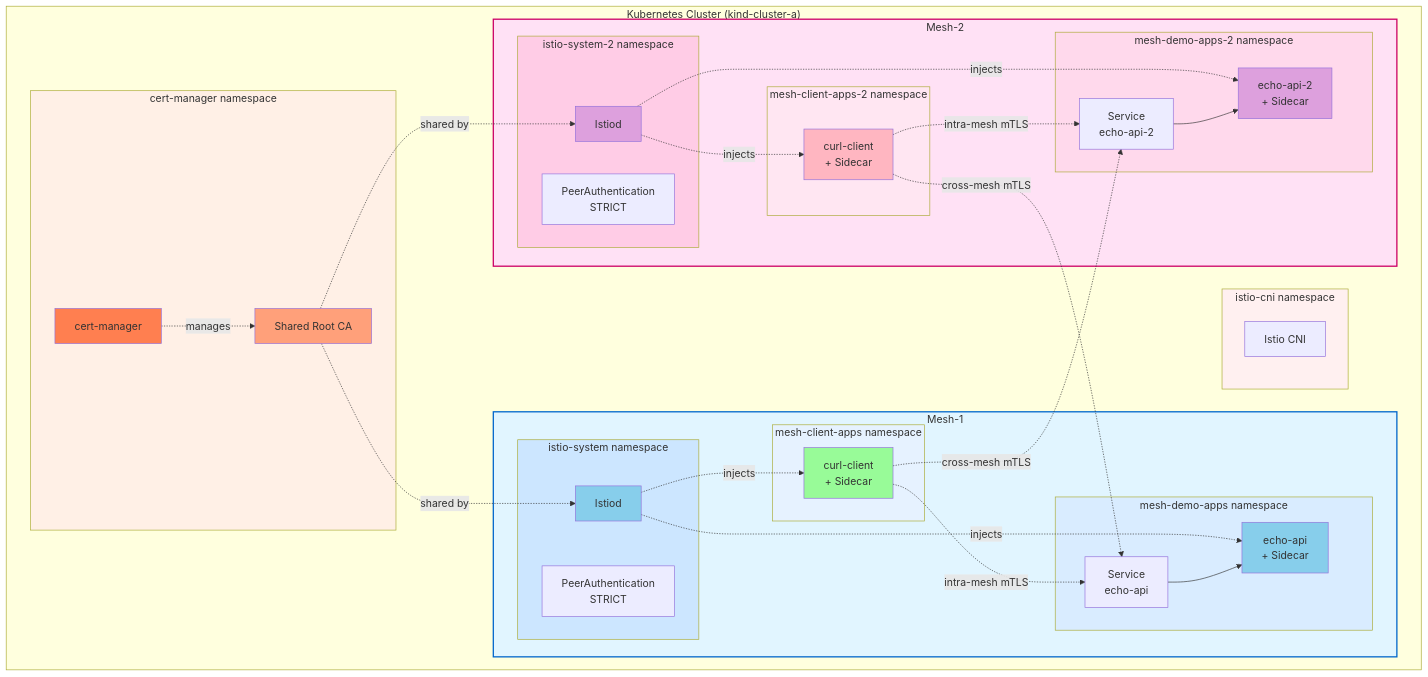
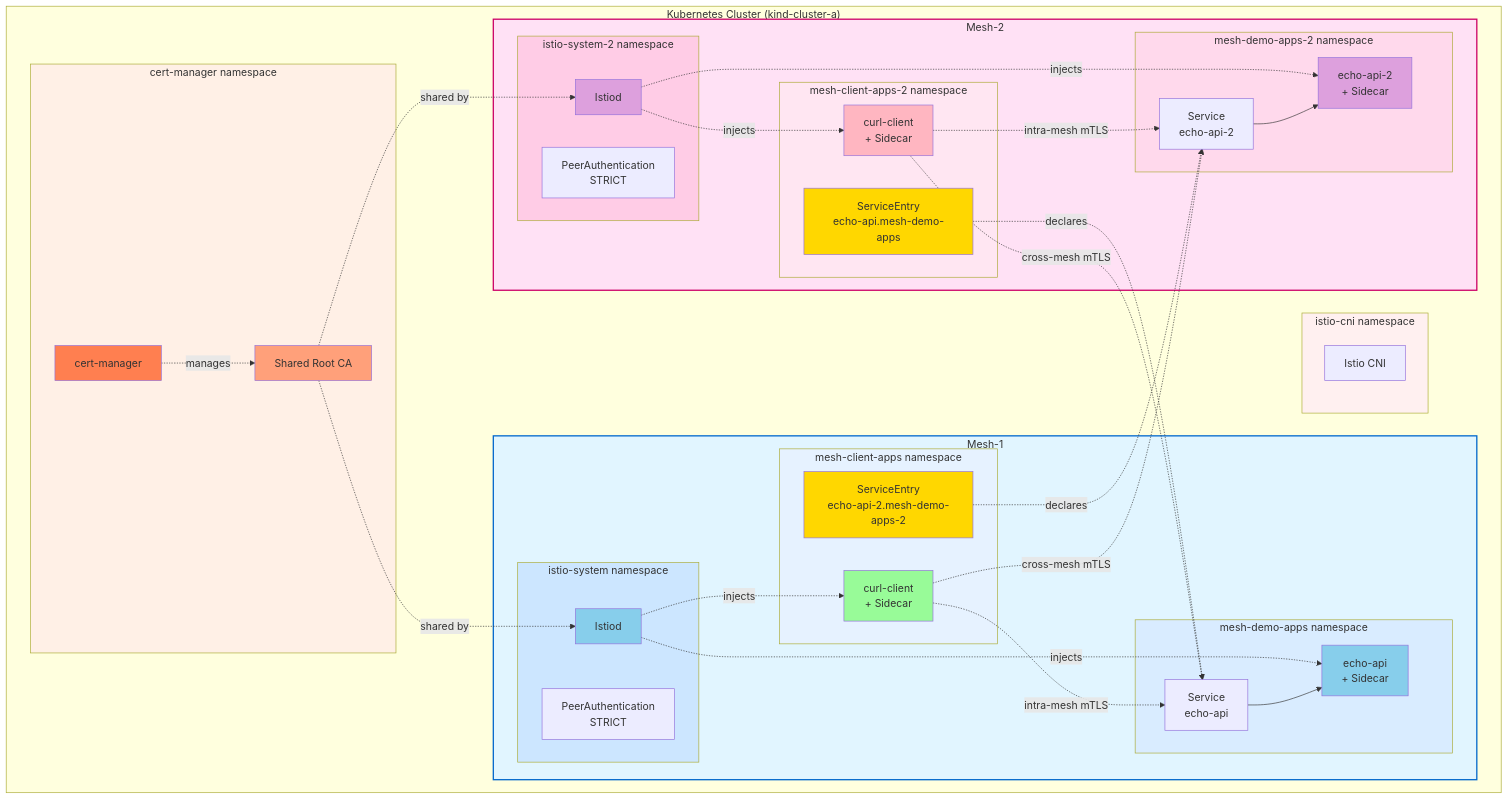
Before and after one commit to didierofrivia/multi-kuadrant-example: the second of 2 diagrams in README.md, drawn with Mermaid.

Commit message:
[docs] Adding ServiceEntry to the mermaid graph

````diff
--- a/README.md
+++ b/README.md
@@ -160,6 +160,7 @@
 
             subgraph NS_Client1["mesh-client-apps namespace"]
                 Curl1[curl-client<br/>+ Sidecar]
+                SE1[ServiceEntry<br/>echo-api-2.mesh-demo-apps-2]
             end
         end
 
@@ -176,6 +177,7 @@
 
             subgraph NS_Client2["mesh-client-apps-2 namespace"]
                 Curl2[curl-client<br/>+ Sidecar]
+                SE2[ServiceEntry<br/>echo-api.mesh-demo-apps]
             end
         end
     end
@@ -194,6 +196,9 @@
 
     Curl1 -.intra-mesh mTLS.-> EchoSvc1
     Curl2 -.intra-mesh mTLS.-> EchoSvc2
+
+    SE1 -.declares.-> EchoSvc2
+    SE2 -.declares.-> EchoSvc1
     Curl1 -.cross-mesh mTLS.-> EchoSvc2
     Curl2 -.cross-mesh mTLS.-> EchoSvc1
 
@@ -215,4 +220,6 @@
     style Echo2 fill:#dda0dd
     style Curl1 fill:#98fb98
     style Curl2 fill:#ffb6c1
+    style SE1 fill:#ffd700
+    style SE2 fill:#ffd700
 ```
````
